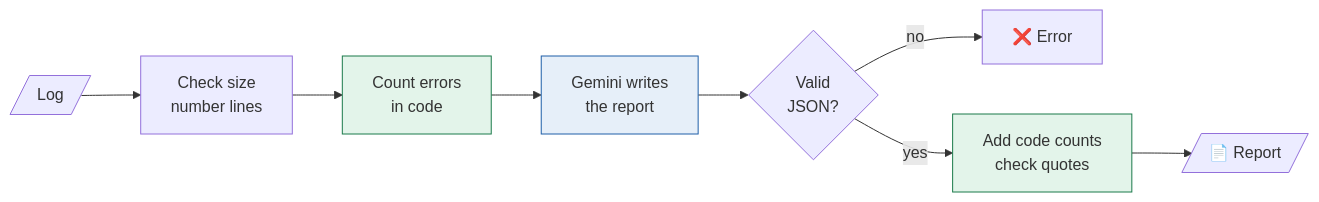
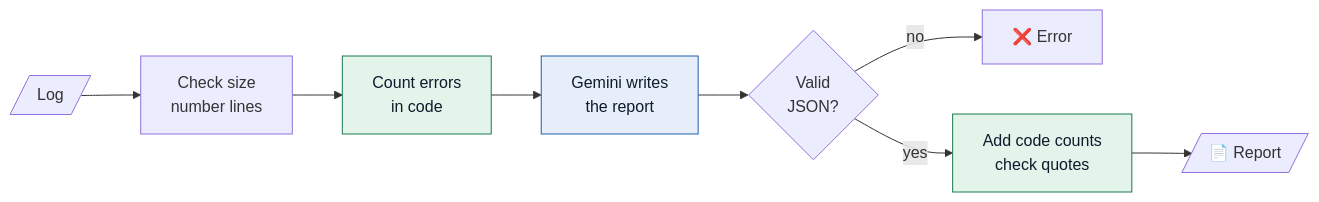
Before and after one commit to nitishyadav108/incident-analyzer: the first of 2 diagrams in README.md, drawn with Mermaid.

Commit message:
README: make flowchart text readable in GitHub dark mode

````diff
--- a/README.md
+++ b/README.md
@@ -17,14 +17,14 @@
 ```mermaid
 flowchart LR
     A[/"Log"/] --> B["Check size<br/>number lines"]
     B --> C["Count errors<br/>in code"]
     C --> D["Gemini writes<br/>the report"]
     D --> E{"Valid<br/>JSON?"}
     E -- no --> X["❌ Error"]
     E -- yes --> F["Add code counts<br/>check quotes"]
     F --> G[/"📄 Report"/]
 
-    style C fill:#E3F4EA,stroke:#1B7A4B
-    style F fill:#E3F4EA,stroke:#1B7A4B
-    style D fill:#E6EFF9,stroke:#1F5FA8
+    style C fill:#E3F4EA,stroke:#1B7A4B,color:#0F1B2D
+    style F fill:#E3F4EA,stroke:#1B7A4B,color:#0F1B2D
+    style D fill:#E6EFF9,stroke:#1F5FA8,color:#0F1B2D
 ```
````
